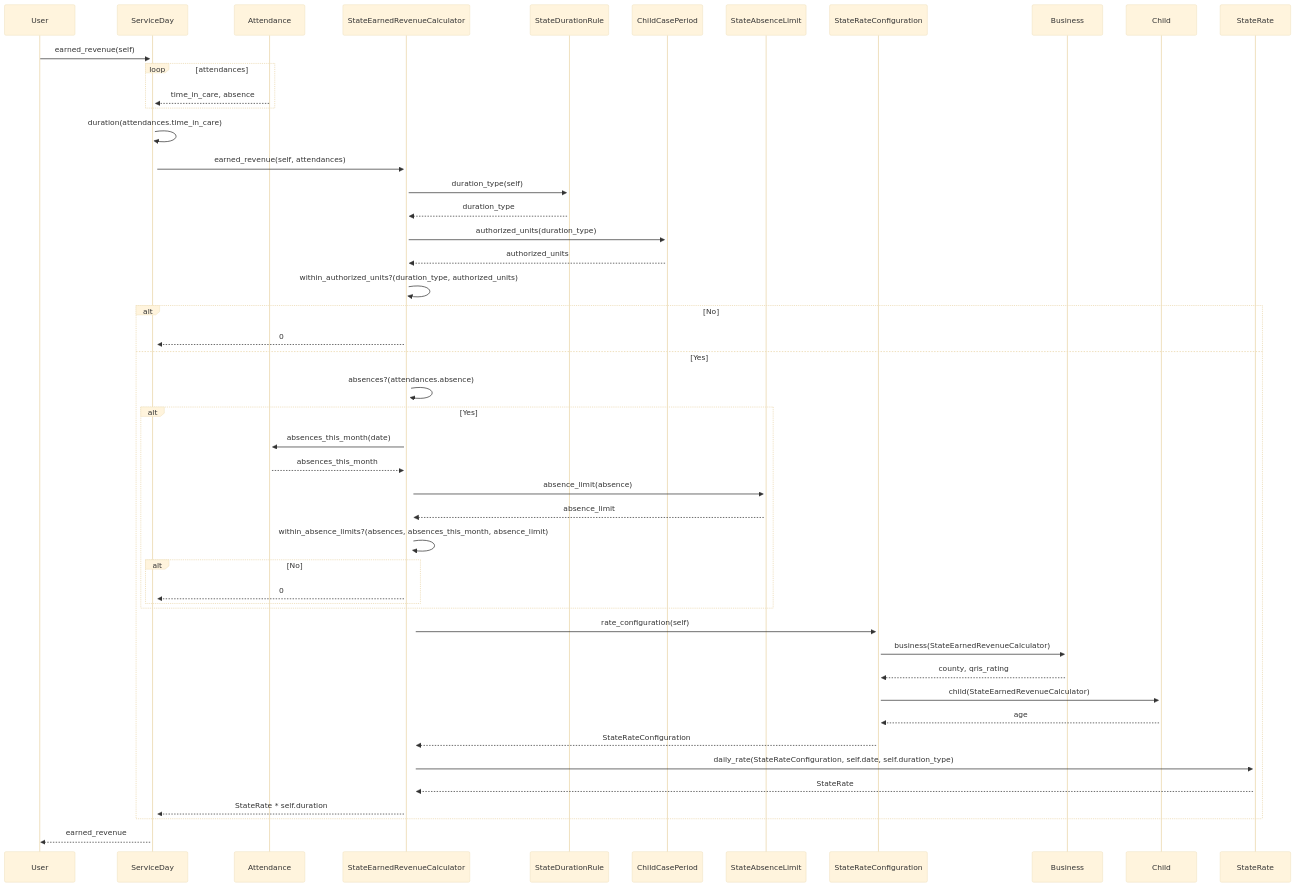
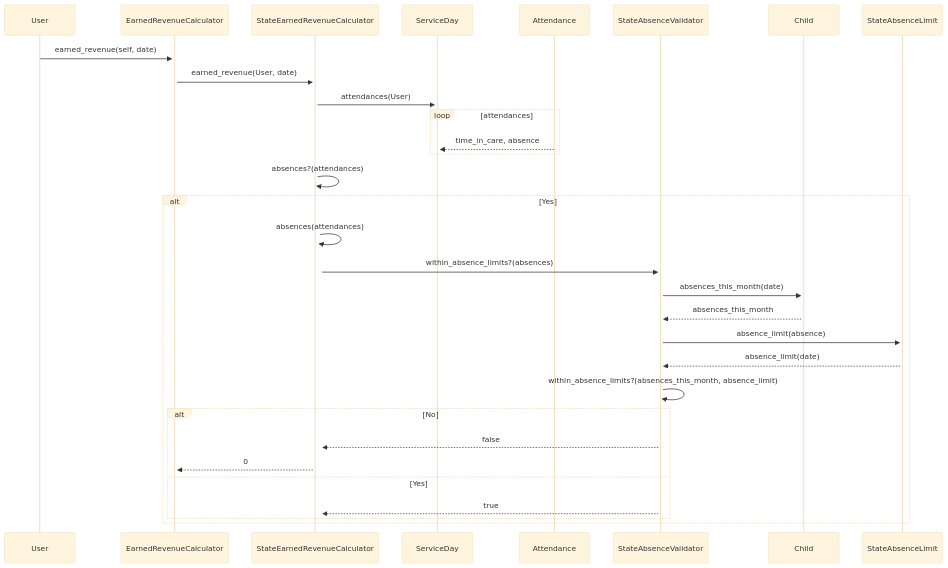
One commit to pieforproviders/pieforproviders changed the diagram in docs/diagrams/earned_revenue/sequence.mmd. Above: the diagram before and after it, drawn with Mermaid (base theme). The commit also changed 1 other file, not shown here.

```diff
--- a/docs/diagrams/earned_revenue/sequence.mmd
+++ b/docs/diagrams/earned_revenue/sequence.mmd
@@ -1,41 +1,36 @@
 sequenceDiagram
-    %% All "State" prefixed classes will belong to a State and will be named [State]Class
-    %% in order to differentiate, because the logic and data may be different between states
+    %% All "State" prefixed classes will belong to a State
+    %% and will be named [State]Class in order to differentiate,
+    %% because the logic and data may be different between states
     %% e.g. NebraskaDurationRule, etc.
-    User->>+ServiceDay: earned_revenue(self)
+
+    %% User requests earned_revenue, passing itself
+    User->>+EarnedRevenueCalculator: earned_revenue(self, date)
+
+    %% EarnedRevenueCalculator determines the right [State]EarnedRevenueCalculator
+    %% based on the User's state, then requests earned_revenue, passing the User (?)
+    EarnedRevenueCalculator->>+StateEarnedRevenueCalculator: earned_revenue(User, date)
+
+    %% [State]EarnedRevenueCalculator loops attendances to
+    %% store time_in_care and absence string
+    StateEarnedRevenueCalculator->>+ServiceDay: attendances(User)
     loop attendances
       Attendance-->>ServiceDay: time_in_care, absence
     end
-    ServiceDay->>+ServiceDay: duration(attendances.time_in_care)
-    ServiceDay->>+StateEarnedRevenueCalculator: earned_revenue(self, attendances)
-
-    StateEarnedRevenueCalculator->>+StateDurationRule: duration_type(self)
-    StateDurationRule-->>StateEarnedRevenueCalculator: duration_type
-    StateEarnedRevenueCalculator->>+ChildCasePeriod: authorized_units(duration_type)
-    ChildCasePeriod-->>StateEarnedRevenueCalculator: authorized_units
-    StateEarnedRevenueCalculator->>+StateEarnedRevenueCalculator: within_authorized_units?(duration_type, authorized_units)
-    alt No
-        StateEarnedRevenueCalculator-->>ServiceDay: 0
-    else Yes
-        StateEarnedRevenueCalculator->>+StateEarnedRevenueCalculator: absences?(attendances.absence)
-        alt Yes
-            StateEarnedRevenueCalculator->>+Attendance: absences_this_month(date)
-            Attendance-->>StateEarnedRevenueCalculator: absences_this_month
-            StateEarnedRevenueCalculator->>+StateAbsenceLimit: absence_limit(absence)
-            StateAbsenceLimit-->>StateEarnedRevenueCalculator: absence_limit
-            StateEarnedRevenueCalculator->>+StateEarnedRevenueCalculator: within_absence_limits?(absences, absences_this_month, absence_limit)
-            alt No
-                StateEarnedRevenueCalculator-->>ServiceDay: 0
-            end
+    StateEarnedRevenueCalculator->>+StateEarnedRevenueCalculator: absences?(attendances)
+    alt Yes
+        StateEarnedRevenueCalculator->>+StateEarnedRevenueCalculator: absences(attendances)
+        %% this might need a different name, Validator doesn't sound right
+        StateEarnedRevenueCalculator->>+StateAbsenceValidator: within_absence_limits?(absences)
+        StateAbsenceValidator->>+Child: absences_this_month(date)
+        Child-->>StateAbsenceValidator: absences_this_month
+        StateAbsenceValidator->>+StateAbsenceLimit: absence_limit(absence)
+        StateAbsenceLimit-->>StateAbsenceValidator: absence_limit(date)
+        StateAbsenceValidator->>+StateAbsenceValidator: within_absence_limits?(absences_this_month, absence_limit)
+        alt No
+            StateAbsenceValidator-->>StateEarnedRevenueCalculator: false
+            StateEarnedRevenueCalculator-->>EarnedRevenueCalculator: 0
+        else Yes
+            StateAbsenceValidator-->>StateEarnedRevenueCalculator: true
         end
-        StateEarnedRevenueCalculator->>+StateRateConfiguration: rate_configuration(self)
-        StateRateConfiguration->>+Business: business(StateEarnedRevenueCalculator)
-        Business-->>StateRateConfiguration: county, qris_rating
-        StateRateConfiguration->>+Child: child(StateEarnedRevenueCalculator)
-        Child-->>StateRateConfiguration: age
-        StateRateConfiguration-->>StateEarnedRevenueCalculator: StateRateConfiguration
-        StateEarnedRevenueCalculator->>+StateRate: daily_rate(StateRateConfiguration, self.date, self.duration_type)
-        StateRate-->>StateEarnedRevenueCalculator: StateRate
-        StateEarnedRevenueCalculator-->>ServiceDay: StateRate * self.duration
     end
-    ServiceDay-->>User: earned_revenue
```
